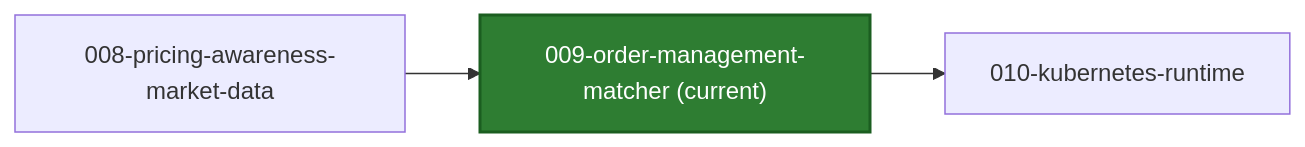
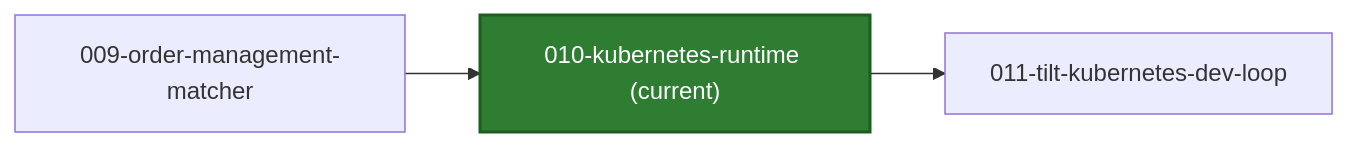
Before and after one commit to azure-octo/traderX: the first of 2 diagrams in README.md, drawn with Mermaid. The commit also changed other lines of this file and 133 other files, not shown here.

First line of the commit message:
snapshot: 010-kubernetes-runtime generated from a41e87908ebf8e9d2cd385280eacced32887bb1e

````diff
--- a/README.md
+++ b/README.md
@@ -19,10 +21,10 @@
 ```mermaid
 flowchart LR
-  S_CUR["009-order-management-matcher (current)"]
+  S_CUR["010-kubernetes-runtime (current)"]
   style S_CUR fill:#2e7d32,stroke:#1b5e20,color:#ffffff,stroke-width:2px
-  S_PREV_008_pricing_awareness_market_data["008-pricing-awareness-market-data"] --> S_CUR
-  click S_PREV_008_pricing_awareness_market_data href "https://github.com/finos/traderX/tree/code%2Fgenerated-state-008-pricing-awareness-market-data" "Open branch"
-  S_CUR --> S_NEXT_010_kubernetes_runtime["010-kubernetes-runtime"]
-  click S_NEXT_010_kubernetes_runtime href "https://github.com/finos/traderX/tree/code%2Fgenerated-state-010-kubernetes-runtime" "Open branch"
-  click S_CUR href "https://github.com/finos/traderX/tree/code%2Fgenerated-state-009-order-management-matcher" "Open current branch"
+  S_PREV_009_order_management_matcher["009-order-management-matcher"] --> S_CUR
+  click S_PREV_009_order_management_matcher href "https://github.com/finos/traderX/tree/code%2Fgenerated-state-009-order-management-matcher" "Open branch"
+  S_CUR --> S_NEXT_011_tilt_kubernetes_dev_loop["011-tilt-kubernetes-dev-loop"]
+  click S_NEXT_011_tilt_kubernetes_dev_loop href "https://github.com/finos/traderX/tree/code%2Fgenerated-state-011-tilt-kubernetes-dev-loop" "Open branch"
+  click S_CUR href "https://github.com/finos/traderX/tree/code%2Fgenerated-state-010-kubernetes-runtime" "Open current branch"
 ```
````
